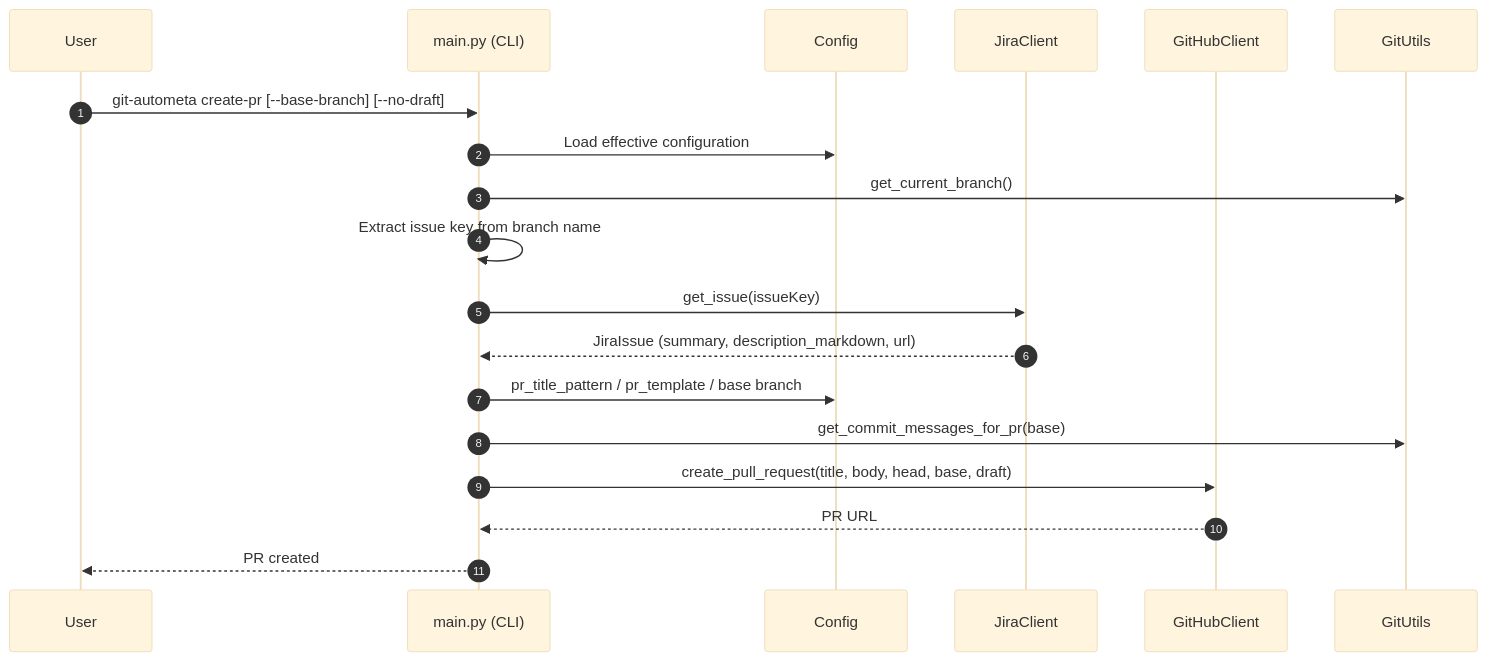
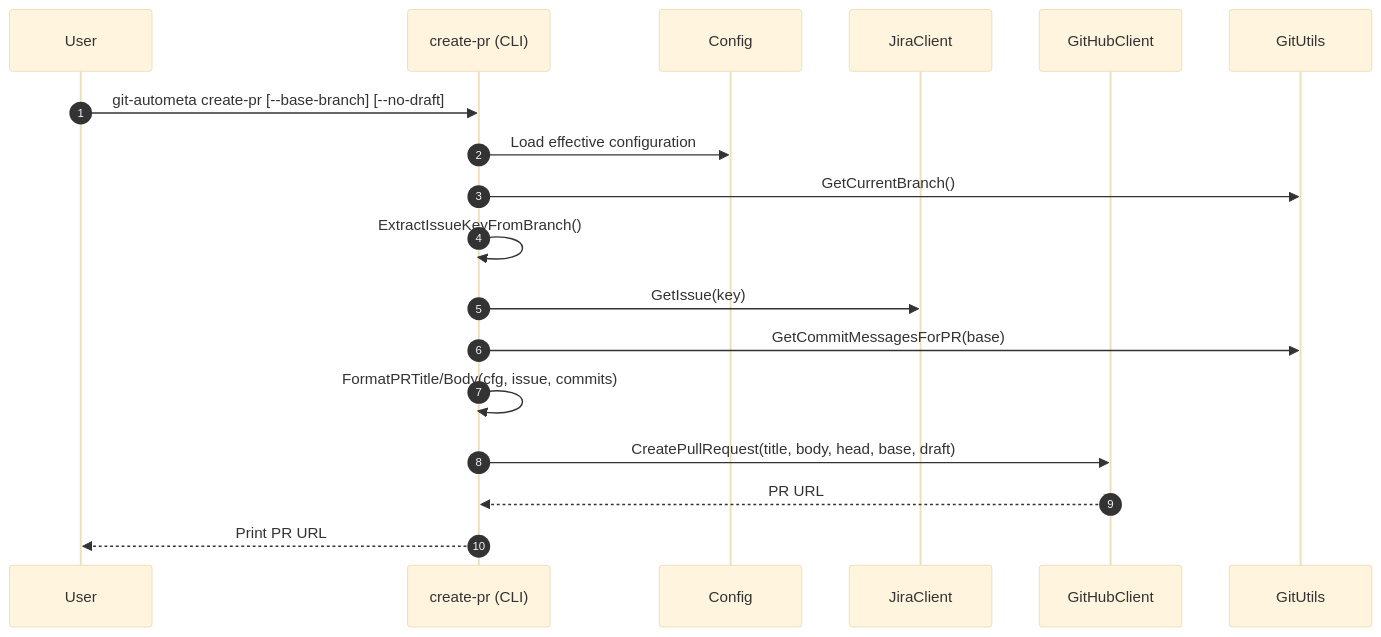
The second of 2 diagrams in architecture.md (mbrt/git-autometa), drawn with Mermaid (base theme) before and after one commit. The commit also changed other lines of this file and 1 other file, not shown here.

````diff
--- a/architecture.md
+++ b/architecture.md
@@ -107,22 +100,21 @@
 ```mermaid
 sequenceDiagram
   autonumber
   participant User
-  participant CLI as main.py (CLI)
-  participant Config as Config
+  participant CLI as create-pr (CLI)
+  participant Config
   participant JIRA as JiraClient
   participant GH as GitHubClient
   participant Git as GitUtils
 
   User->>CLI: git-autometa create-pr [--base-branch] [--no-draft]
   CLI->>Config: Load effective configuration
-  CLI->>Git: get_current_branch()
-  CLI->>CLI: Extract issue key from branch name
-  CLI->>JIRA: get_issue(issueKey)
-  JIRA-->>CLI: JiraIssue (summary, description_markdown, url)
-  CLI->>Config: pr_title_pattern / pr_template / base branch
-  CLI->>Git: get_commit_messages_for_pr(base)
-  CLI->>GH: create_pull_request(title, body, head, base, draft)
+  CLI->>Git: GetCurrentBranch()
+  CLI->>CLI: ExtractIssueKeyFromBranch()
+  CLI->>JIRA: GetIssue(key)
+  CLI->>Git: GetCommitMessagesForPR(base)
+  CLI->>CLI: FormatPRTitle/Body(cfg, issue, commits)
+  CLI->>GH: CreatePullRequest(title, body, head, base, draft)
   GH-->>CLI: PR URL
-  CLI-->>User: PR created
+  CLI-->>User: Print PR URL
 ```
````
